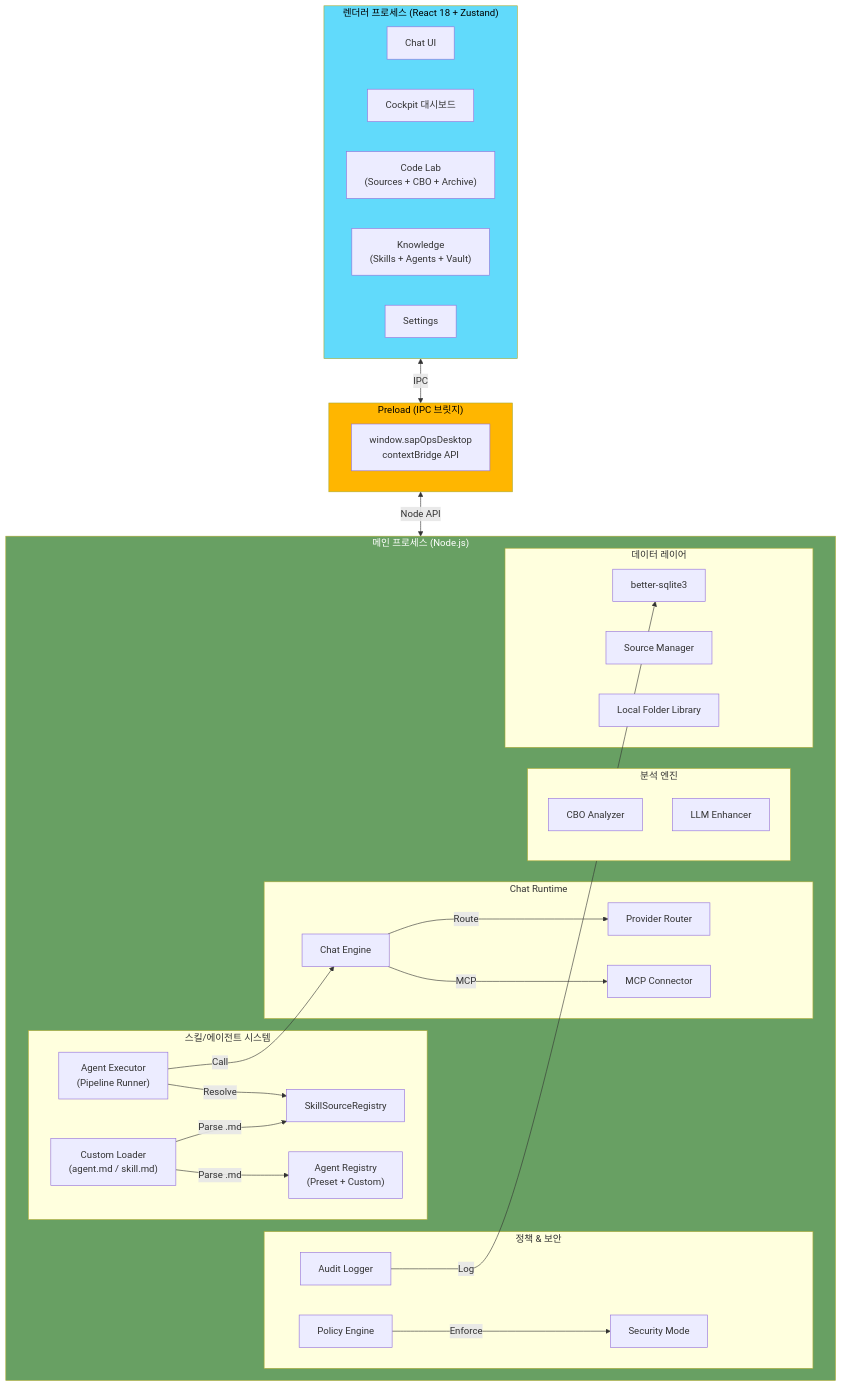
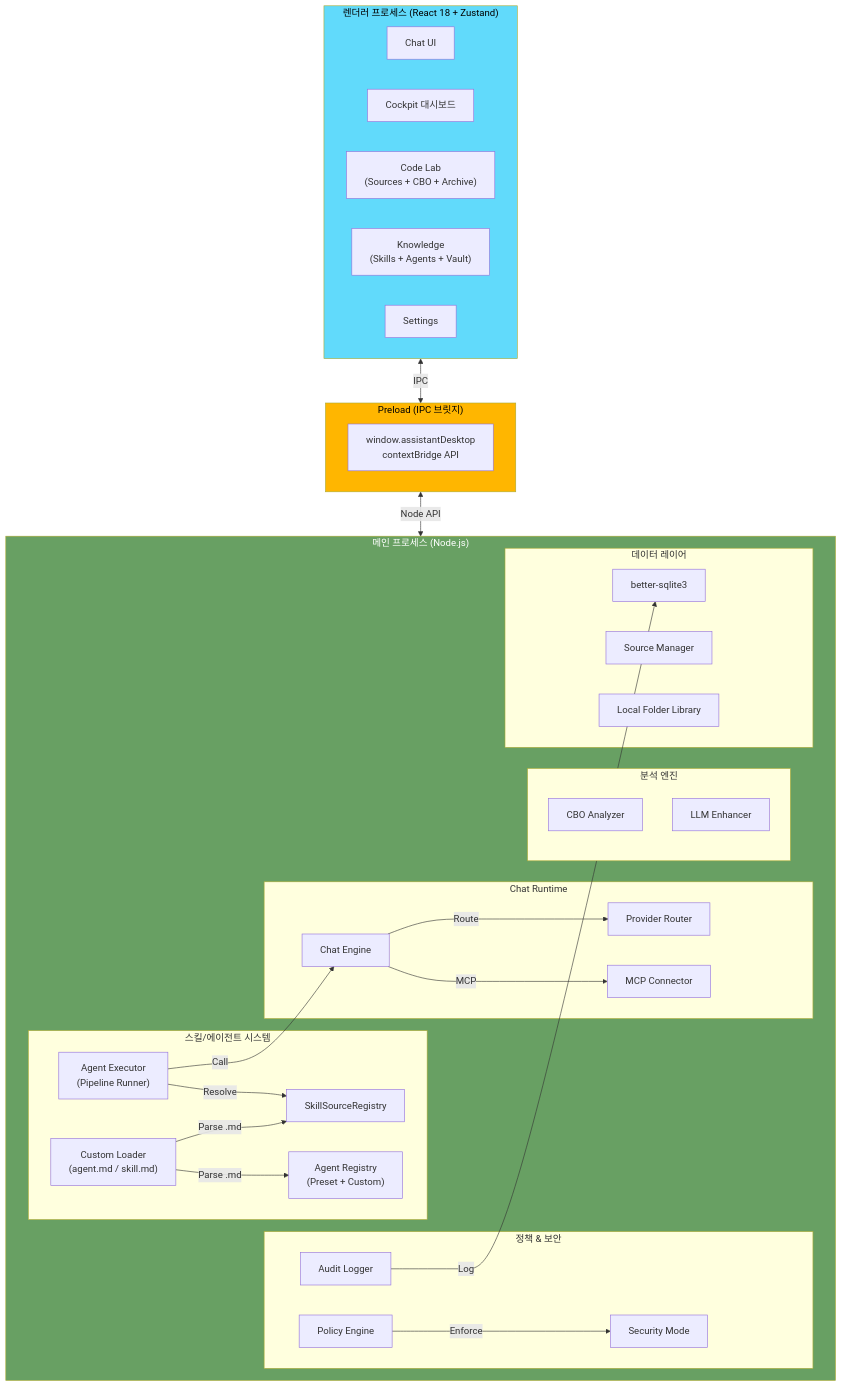
The first of 2 diagrams in docs/ARCHITECTURE.md (choishiam0906/sap-assistant-desktop), drawn with Mermaid before and after one commit. The commit also changed other lines of this file and 29 other files, not shown here.

First line of the commit message:
feat: v7.1 SAP Knowledge Hub — 리브랜딩, Ops Pack 강화, 이메일 SAP 파이프라인

````diff
--- a/docs/ARCHITECTURE.md
+++ b/docs/ARCHITECTURE.md
@@ -11,61 +11,61 @@
 ```mermaid
 graph TB
     subgraph Renderer["렌더러 프로세스 (React 18 + Zustand)"]
         Chat["Chat UI"]
         Cockpit["Cockpit 대시보드"]
         CodeLab["Code Lab<br/>(Sources + CBO + Archive)"]
         Knowledge["Knowledge<br/>(Skills + Agents + Vault)"]
         Settings["Settings"]
     end
 
     subgraph Preload["Preload (IPC 브릿지)"]
-        IPC["window.sapOpsDesktop<br/>contextBridge API"]
+        IPC["window.assistantDesktop<br/>contextBridge API"]
     end
 
     subgraph Main["메인 프로세스 (Node.js)"]
         subgraph Runtime["Chat Runtime"]
             ChatEngine["Chat Engine"]
             ProviderRouter["Provider Router"]
             MCP["MCP Connector"]
         end
 
         subgraph Skills["스킬/에이전트 시스템"]
             SkillRegistry["SkillSourceRegistry"]
             AgentRegistry["Agent Registry<br/>(Preset + Custom)"]
             AgentExecutor["Agent Executor<br/>(Pipeline Runner)"]
             CustomLoader["Custom Loader<br/>(agent.md / skill.md)"]
         end
 
         subgraph Analysis["분석 엔진"]
             CBOAnalyzer["CBO Analyzer"]
             LLMEnhance["LLM Enhancer"]
         end
 
         subgraph Policy["정책 & 보안"]
             PolicyEngine["Policy Engine"]
             SecurityMode["Security Mode"]
             Audit["Audit Logger"]
         end
 
         subgraph Data["데이터 레이어"]
             SQLite["better-sqlite3"]
             SourceMgr["Source Manager"]
             LocalFolder["Local Folder Library"]
         end
     end
 
     Renderer <-->|IPC| Preload
     Preload <-->|Node API| Main
     ChatEngine -->|Route| ProviderRouter
     ChatEngine -->|MCP| MCP
     AgentExecutor -->|Resolve| SkillRegistry
     AgentExecutor -->|Call| ChatEngine
     CustomLoader -->|Parse .md| AgentRegistry
     CustomLoader -->|Parse .md| SkillRegistry
     PolicyEngine -->|Enforce| SecurityMode
     Audit -->|Log| SQLite
 
     style Renderer fill:#61dafb,color:#000
     style Main fill:#68a063,color:#fff
     style Preload fill:#ffb600,color:#000
 ```
````
